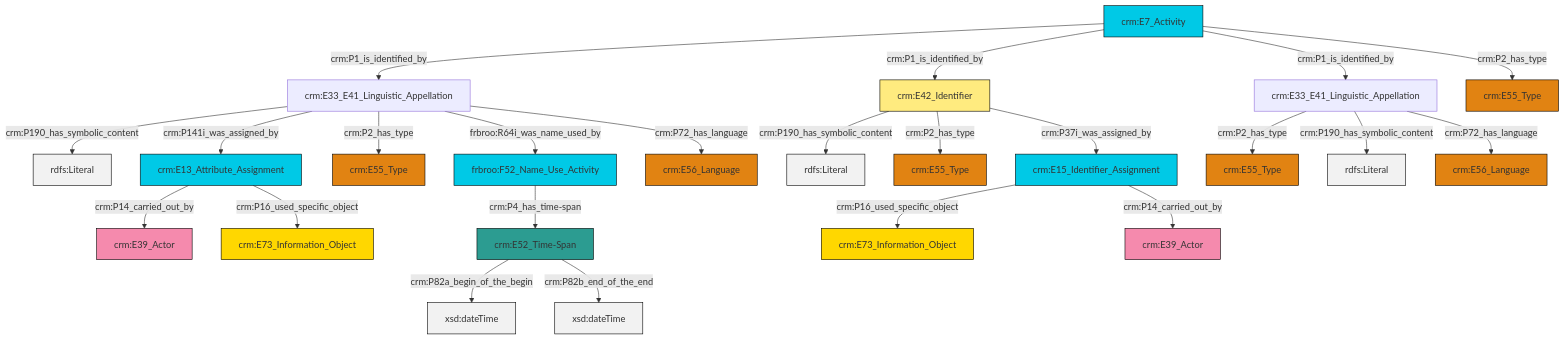
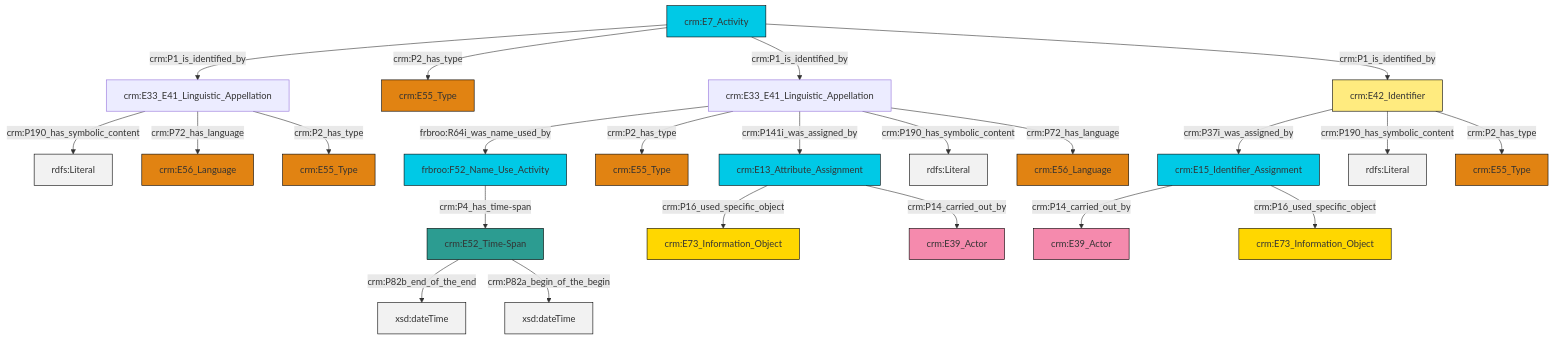
Before and after one commit to swiss-art-research-net/docs.swissartresearch: the diagram in et/eventCSV/ttl/mmd/event_name.ttl.mmd, drawn with Mermaid. The commit also changed 180 other files, not shown here.

```diff
--- a/et/eventCSV/ttl/mmd/event_name.ttl.mmd
+++ b/et/eventCSV/ttl/mmd/event_name.ttl.mmd
@@ -1,37 +1,37 @@
 graph TD
 classDef Literal fill:#f2f2f2,stroke:#000000;
 classDef CRM_Entity fill:#FFFFFF,stroke:#000000;
 classDef Temporal_Entity fill:#00C9E6, stroke:#000000;
 classDef Type fill:#E18312, stroke:#000000;
 classDef Time-Span fill:#2C9C91, stroke:#000000;
 classDef Appellation fill:#FFEB7F, stroke:#000000;
 classDef Place fill:#008836, stroke:#000000;
 classDef Persistent_Item fill:#B266B2, stroke:#000000;
 classDef Conceptual_Object fill:#FFD700, stroke:#000000;
 classDef Physical_Thing fill:#D2B48C, stroke:#000000;
 classDef Actor fill:#f58aad, stroke:#000000;
 classDef PC_Classes fill:#4ce600, stroke:#000000;
 classDef Multi fill:#cccccc,stroke:#000000;
 
-0["crm:E42_Identifier"]:::Appellation -->|crm:P190_has_symbolic_content| 1[rdfs:Literal]:::Literal
-4["crm:E15_Identifier_Assignment"]:::Temporal_Entity -->|crm:P16_used_specific_object| 5["crm:E73_Information_Object"]:::Conceptual_Object
-0["crm:E42_Identifier"]:::Appellation -->|crm:P2_has_type| 6["crm:E55_Type"]:::Type
-7["crm:E33_E41_Linguistic_Appellation"]:::Default -->|crm:P2_has_type| 8["crm:E55_Type"]:::Type
-10["crm:E7_Activity"]:::Temporal_Entity -->|crm:P1_is_identified_by| 11["crm:E33_E41_Linguistic_Appellation"]:::Default
-11["crm:E33_E41_Linguistic_Appellation"]:::Default -->|crm:P190_has_symbolic_content| 15[rdfs:Literal]:::Literal
-13["crm:E52_Time-Span"]:::Time-Span -->|crm:P82a_begin_of_the_begin| 16[xsd:dateTime]:::Literal
-19["crm:E13_Attribute_Assignment"]:::Temporal_Entity -->|crm:P14_carried_out_by| 17["crm:E39_Actor"]:::Actor
-21["frbroo:F52_Name_Use_Activity"]:::Temporal_Entity -->|crm:P4_has_time-span| 13["crm:E52_Time-Span"]:::Time-Span
-10["crm:E7_Activity"]:::Temporal_Entity -->|crm:P1_is_identified_by| 0["crm:E42_Identifier"]:::Appellation
-11["crm:E33_E41_Linguistic_Appellation"]:::Default -->|crm:P141i_was_assigned_by| 19["crm:E13_Attribute_Assignment"]:::Temporal_Entity
-7["crm:E33_E41_Linguistic_Appellation"]:::Default -->|crm:P190_has_symbolic_content| 23[rdfs:Literal]:::Literal
-4["crm:E15_Identifier_Assignment"]:::Temporal_Entity -->|crm:P14_carried_out_by| 24["crm:E39_Actor"]:::Actor
-11["crm:E33_E41_Linguistic_Appellation"]:::Default -->|crm:P2_has_type| 2["crm:E55_Type"]:::Type
-11["crm:E33_E41_Linguistic_Appellation"]:::Default -->|frbroo:R64i_was_name_used_by| 21["frbroo:F52_Name_Use_Activity"]:::Temporal_Entity
-11["crm:E33_E41_Linguistic_Appellation"]:::Default -->|crm:P72_has_language| 27["crm:E56_Language"]:::Type
-10["crm:E7_Activity"]:::Temporal_Entity -->|crm:P1_is_identified_by| 7["crm:E33_E41_Linguistic_Appellation"]:::Default
-19["crm:E13_Attribute_Assignment"]:::Temporal_Entity -->|crm:P16_used_specific_object| 28["crm:E73_Information_Object"]:::Conceptual_Object
-0["crm:E42_Identifier"]:::Appellation -->|crm:P37i_was_assigned_by| 4["crm:E15_Identifier_Assignment"]:::Temporal_Entity
-13["crm:E52_Time-Span"]:::Time-Span -->|crm:P82b_end_of_the_end| 36[xsd:dateTime]:::Literal
-7["crm:E33_E41_Linguistic_Appellation"]:::Default -->|crm:P72_has_language| 39["crm:E56_Language"]:::Type
-10["crm:E7_Activity"]:::Temporal_Entity -->|crm:P2_has_type| 37["crm:E55_Type"]:::Type
+10["crm:E33_E41_Linguistic_Appellation"]:::Default -->|crm:P190_has_symbolic_content| 11[rdfs:Literal]:::Literal
+14["crm:E33_E41_Linguistic_Appellation"]:::Default -->|frbroo:R64i_was_name_used_by| 15["frbroo:F52_Name_Use_Activity"]:::Temporal_Entity
+15["frbroo:F52_Name_Use_Activity"]:::Temporal_Entity -->|crm:P4_has_time-span| 16["crm:E52_Time-Span"]:::Time-Span
+0["crm:E7_Activity"]:::Temporal_Entity -->|crm:P1_is_identified_by| 10["crm:E33_E41_Linguistic_Appellation"]:::Default
+18["crm:E15_Identifier_Assignment"]:::Temporal_Entity -->|crm:P14_carried_out_by| 8["crm:E39_Actor"]:::Actor
+24["crm:E13_Attribute_Assignment"]:::Temporal_Entity -->|crm:P16_used_specific_object| 25["crm:E73_Information_Object"]:::Conceptual_Object
+10["crm:E33_E41_Linguistic_Appellation"]:::Default -->|crm:P72_has_language| 20["crm:E56_Language"]:::Type
+2["crm:E42_Identifier"]:::Appellation -->|crm:P37i_was_assigned_by| 18["crm:E15_Identifier_Assignment"]:::Temporal_Entity
+16["crm:E52_Time-Span"]:::Time-Span -->|crm:P82b_end_of_the_end| 30[xsd:dateTime]:::Literal
+18["crm:E15_Identifier_Assignment"]:::Temporal_Entity -->|crm:P16_used_specific_object| 32["crm:E73_Information_Object"]:::Conceptual_Object
+0["crm:E7_Activity"]:::Temporal_Entity -->|crm:P2_has_type| 22["crm:E55_Type"]:::Type
+14["crm:E33_E41_Linguistic_Appellation"]:::Default -->|crm:P2_has_type| 12["crm:E55_Type"]:::Type
+2["crm:E42_Identifier"]:::Appellation -->|crm:P190_has_symbolic_content| 33[rdfs:Literal]:::Literal
+0["crm:E7_Activity"]:::Temporal_Entity -->|crm:P1_is_identified_by| 14["crm:E33_E41_Linguistic_Appellation"]:::Default
+16["crm:E52_Time-Span"]:::Time-Span -->|crm:P82a_begin_of_the_begin| 34[xsd:dateTime]:::Literal
+2["crm:E42_Identifier"]:::Appellation -->|crm:P2_has_type| 28["crm:E55_Type"]:::Type
+14["crm:E33_E41_Linguistic_Appellation"]:::Default -->|crm:P141i_was_assigned_by| 24["crm:E13_Attribute_Assignment"]:::Temporal_Entity
+14["crm:E33_E41_Linguistic_Appellation"]:::Default -->|crm:P190_has_symbolic_content| 39[rdfs:Literal]:::Literal
+0["crm:E7_Activity"]:::Temporal_Entity -->|crm:P1_is_identified_by| 2["crm:E42_Identifier"]:::Appellation
+10["crm:E33_E41_Linguistic_Appellation"]:::Default -->|crm:P2_has_type| 4["crm:E55_Type"]:::Type
+24["crm:E13_Attribute_Assignment"]:::Temporal_Entity -->|crm:P14_carried_out_by| 6["crm:E39_Actor"]:::Actor
+14["crm:E33_E41_Linguistic_Appellation"]:::Default -->|crm:P72_has_language| 26["crm:E56_Language"]:::Type
```
